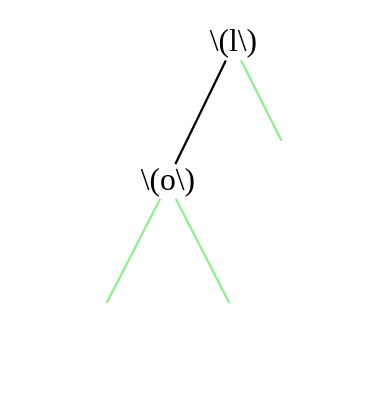
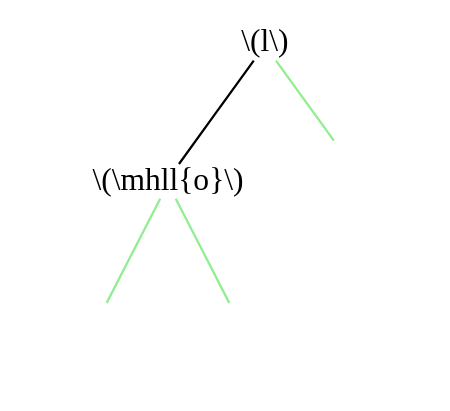
Before and after one commit to Larhard/Combinatorial-interpretations-of-holonomic-recurrences: the diagram in article/images_src/lambda/trees_100/1_base.dot, drawn with Graphviz. The commit also changed 111 other files, not shown here.

```diff
--- a/article/images_src/lambda/trees_100/1_base.dot
+++ b/article/images_src/lambda/trees_100/1_base.dot
@@ -1,12 +1,12 @@
 graph {
 	size="4,4"
 	0 [label="\\(l\\)" shape=plain]
-	1 [label="\\(o\\)" shape=plain]
+	1 [label="\\(\\mhll{o}\\)" shape=plain]
 	0 -- 1
 	2 [label="" shape=none]
 	1 -- 2 [color=lightgreen]
 	3 [label="" shape=none]
 	1 -- 3 [color=lightgreen]
 	4 [label="" shape=none]
 	0 -- 4 [color=lightgreen]
 }
```
